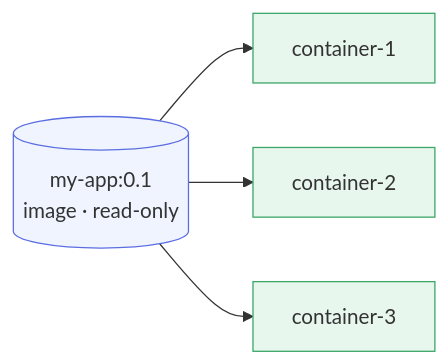
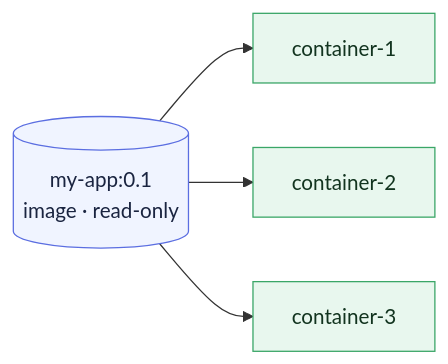
Before and after one commit to LinkedInLearning/docker-for-local-ai-app-development-build-lightweight-containerized-ai-applications-11189001: the third of 3 diagrams in chapter_2/l1/README.md, drawn with Mermaid. The commit also changed other lines of this file and 25 other files, not shown here.

````diff
--- a/chapter_2/l1/README.md
+++ b/chapter_2/l1/README.md
@@ -145,12 +145,12 @@
 ```mermaid
 flowchart LR
     I[(my-app:0.1<br/>image · read-only)] --> C1[container-1]
     I --> C2[container-2]
     I --> C3[container-3]
 
-    classDef artifact fill:#f0f4ff,stroke:#5b6ee1,stroke-width:1px;
-    classDef runtime  fill:#e8f7ee,stroke:#3aa667,stroke-width:1px;
+    classDef artifact fill:#f0f4ff,stroke:#5b6ee1,stroke-width:1px,color:#1a2440;
+    classDef runtime  fill:#e8f7ee,stroke:#3aa667,stroke-width:1px,color:#12341f;
 
     class I artifact
     class C1,C2,C3 runtime
 ```
````
